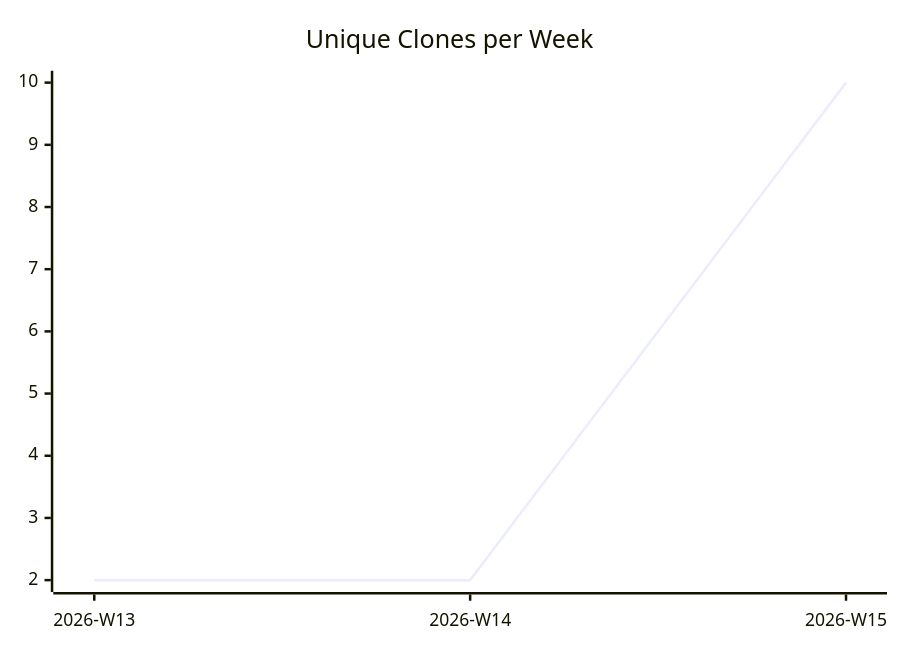
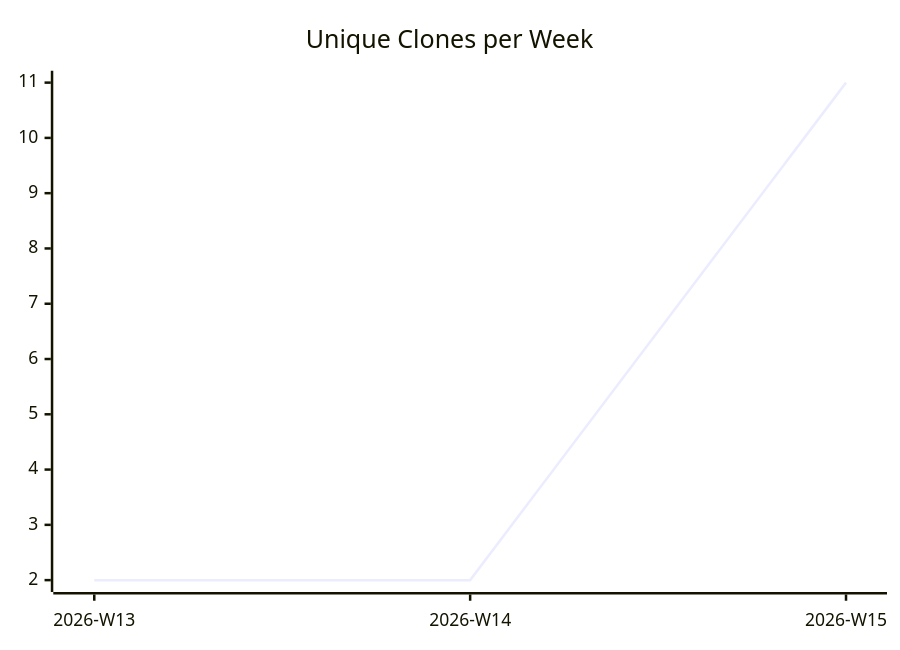
Before and after one commit to justdavis-family/github-analytics-data: the third of 3 diagrams in karlmdavis/jessentials/README.md, drawn with Mermaid. The commit also changed other lines of this file and 183 other files, not shown here.

````diff
--- a/karlmdavis/jessentials/README.md
+++ b/karlmdavis/jessentials/README.md
@@ -19,6 +19,6 @@
 ```mermaid
 xychart-beta
   title "Unique Clones per Week"
   x-axis ["2026-W13", "2026-W14", "2026-W15"]
-  line [2, 2, 10]
+  line [2, 2, 11]
 ```
````
